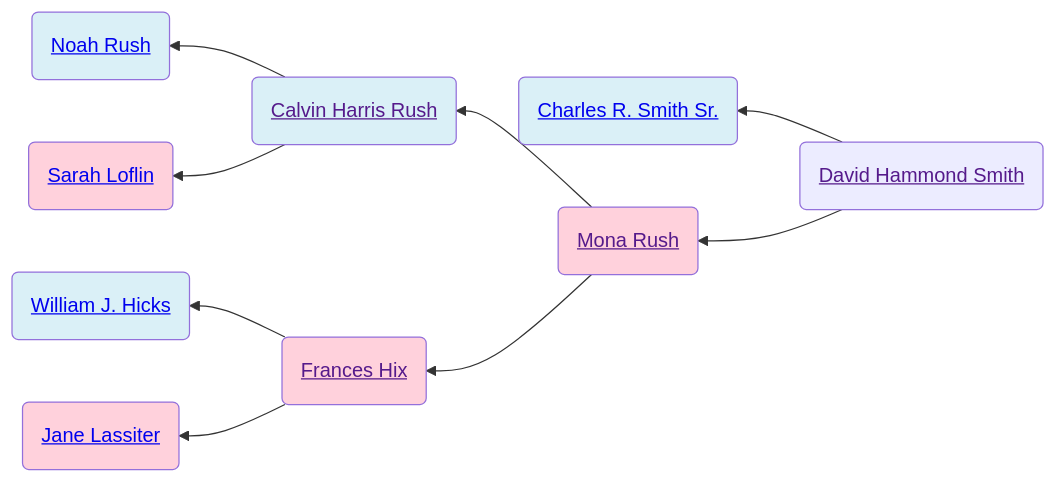
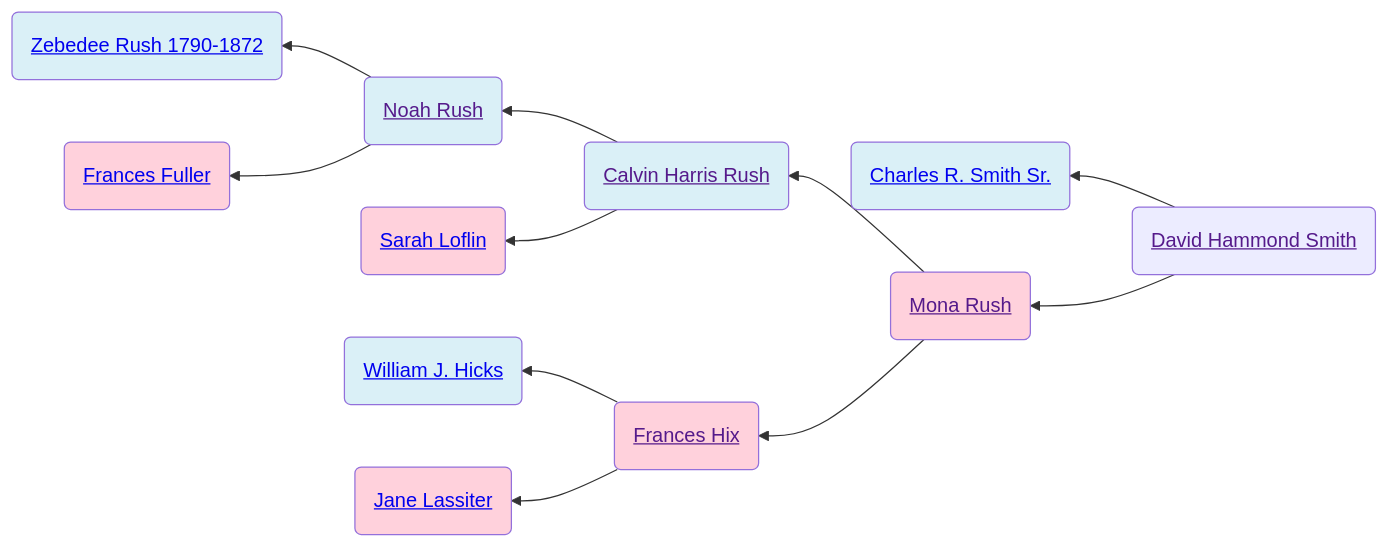
Before and after one commit to neelsmith/avocational: the diagram in familyhistory/sources/people/Smith-line/David_Hammond_Smith.qmd, drawn with Mermaid. The commit also changed 42 other files, not shown here.

````diff
--- a/familyhistory/sources/people/Smith-line/David_Hammond_Smith.qmd
+++ b/familyhistory/sources/people/Smith-line/David_Hammond_Smith.qmd
@@ -19,24 +19,28 @@
 ```{mermaid}
 graph RL
 %% RL ancestor diagram
 David_Hammond_Smith(<a href=''>David Hammond Smith</>) -->  Charles_R._Smith_Sr.(<a href='./Charles_R._Smith_Sr..html'>Charles R. Smith Sr.</>)
 class Charles_R._Smith_Sr. father
 David_Hammond_Smith(<a href=''>David Hammond Smith</>)  --> Mona_Rush(<a href='./../Rush-line/Mona_Rush.html'>Mona Rush</>)
 Mona_Rush(<a href=''>Mona Rush</>) -->  Calvin_Harris_Rush(<a href='./Calvin_Harris_Rush.html'>Calvin Harris Rush</>)
 Calvin_Harris_Rush(<a href=''>Calvin Harris Rush</>) -->  Noah_Rush(<a href='./Noah_Rush.html'>Noah Rush</>)
+Noah_Rush(<a href=''>Noah Rush</>) -->  Zebedee_Rush_1790-1872(<a href='./Zebedee_Rush_1790-1872.html'>Zebedee Rush 1790-1872</>)
+class Zebedee_Rush_1790-1872 father
+Noah_Rush(<a href=''>Noah Rush</>)  --> Frances_Fuller(<a href='./../Randolph_county_lines/Frances_Fuller.html'>Frances Fuller</>)
+class Frances_Fuller mother
 class Noah_Rush father
 Calvin_Harris_Rush(<a href=''>Calvin Harris Rush</>)  --> Sarah_Loflin(<a href='./../Randolph_county_lines/Loflin/Sarah_Loflin.html'>Sarah Loflin</>)
 class Sarah_Loflin mother
 class Calvin_Harris_Rush father
 Mona_Rush(<a href=''>Mona Rush</>)  --> Frances_Hix(<a href='./../Randolph_county_lines/Hicks/Frances_Hix.html'>Frances Hix</>)
 Frances_Hix(<a href=''>Frances Hix</>) -->  William_J._Hicks(<a href='./William_J._Hicks.html'>William J. Hicks</>)
 class William_J._Hicks father
 Frances_Hix(<a href=''>Frances Hix</>)  --> Jane_Lassiter(<a href='./../Lassiter/Jane_Lassiter.html'>Jane Lassiter</>)
 class Jane_Lassiter mother
 class Frances_Hix mother
 class Mona_Rush mother
 classDef mother fill:#ffd1dc
 classDef father fill:#daf0f7  
 classDef marriage fill:#ffffff
 
 ```
````
